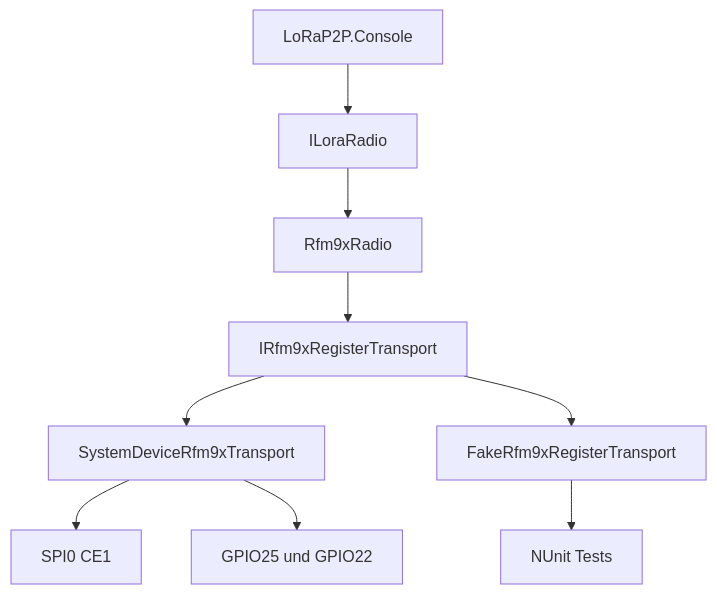
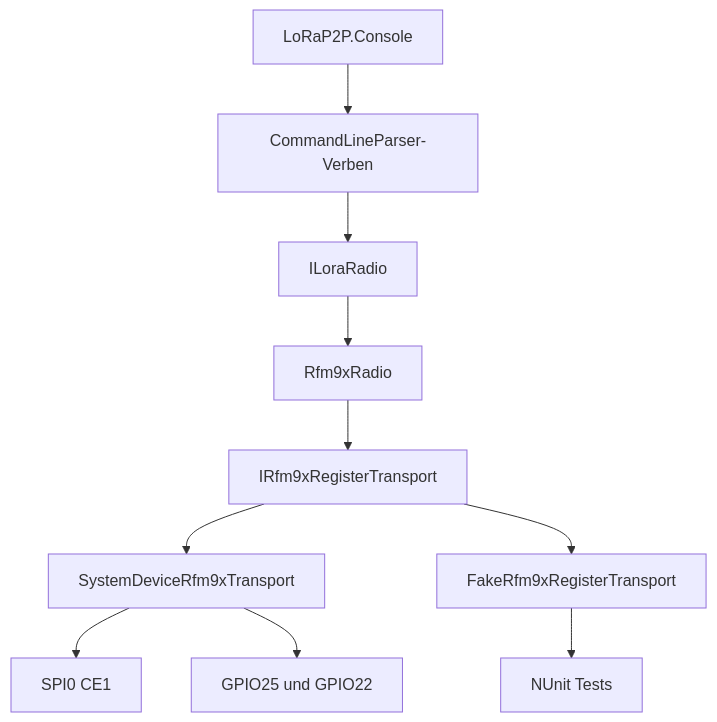
The diagram in docs/PRD.md (thomasbiel/LoRaP2P), drawn with Mermaid before and after one commit. The commit also changed other lines of this file and 28 other files, not shown here.

````diff
--- a/docs/PRD.md
+++ b/docs/PRD.md
@@ -174,11 +174,12 @@
 ```mermaid
 flowchart TD
-    CLI[LoRaP2P.Console] --> API[ILoraRadio]
+    CLI[LoRaP2P.Console] --> VERBS[CommandLineParser-Verben]
+    VERBS --> API[ILoraRadio]
     API --> RADIO[Rfm9xRadio]
     RADIO --> PORT[IRfm9xRegisterTransport]
     PORT --> PI[SystemDeviceRfm9xTransport]
     PORT --> FAKE[FakeRfm9xRegisterTransport]
     PI --> SPI[SPI0 CE1]
     PI --> GPIO[GPIO25 und GPIO22]
     FAKE --> TESTS[NUnit Tests]
 ```
````
